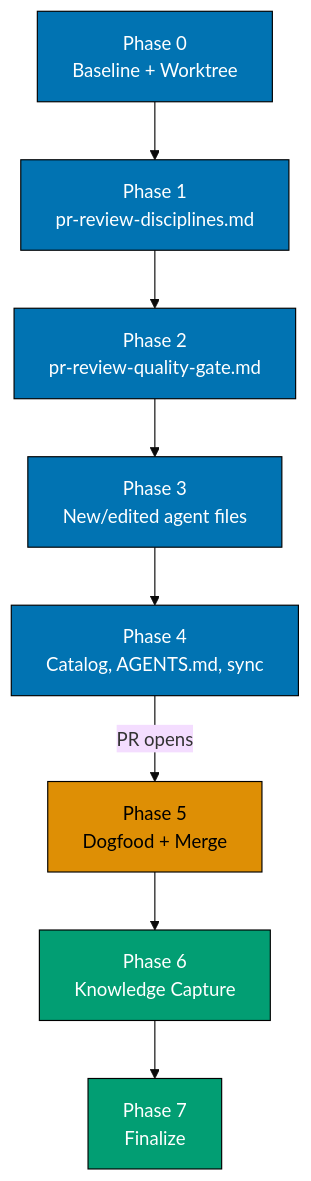
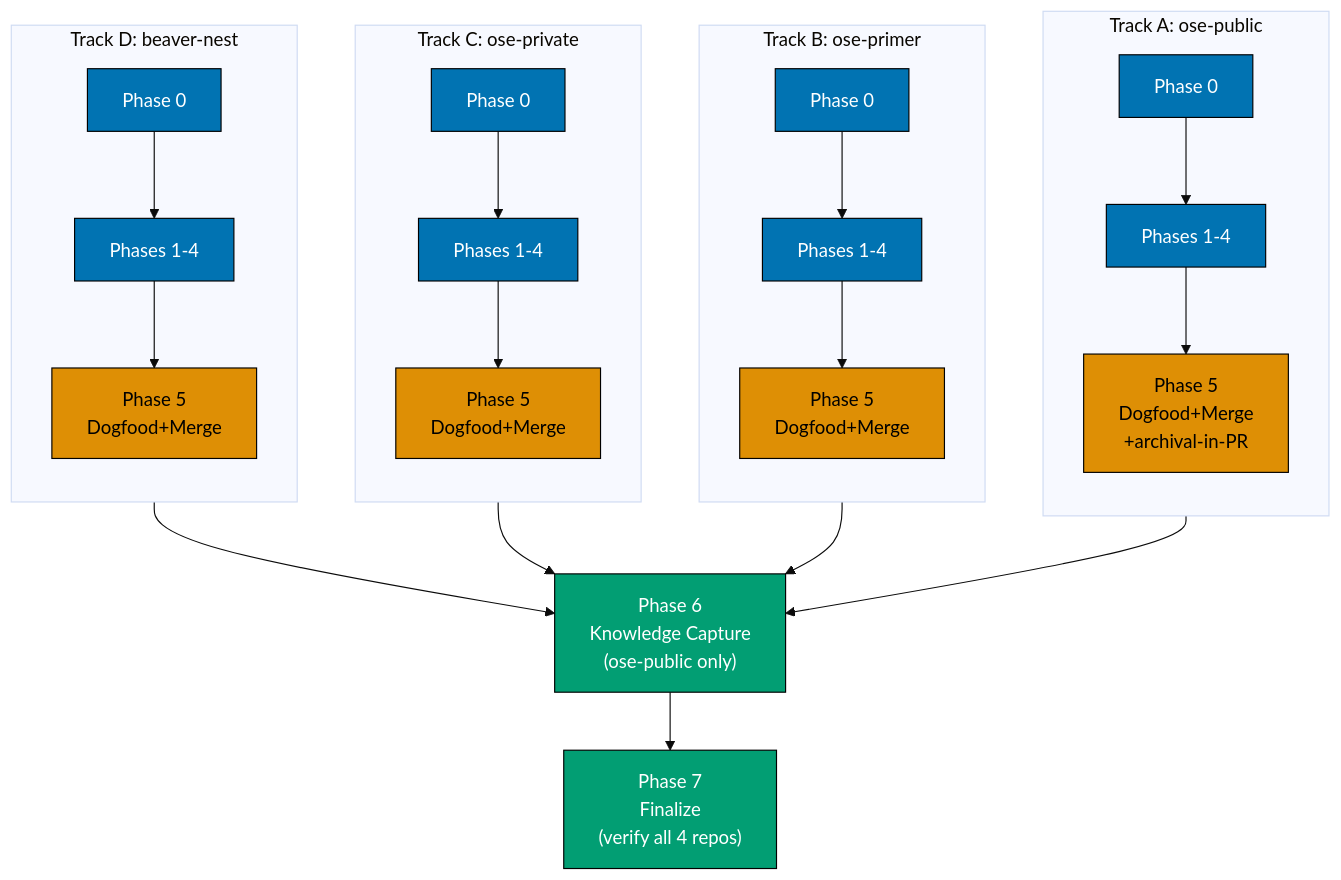
The diagram in plans/in-progress/pr-review-cycle-scout-and-typesafety/delivery.md (wahidyankf/open-sharia-fintech), drawn with Mermaid (base theme) before and after one commit. The commit also changed other lines of this file and 4 other files, not shown here.

First line of the commit message:
docs(plans): rescope pr-review-cycle-scout-and-typesafety to all four OSE repos

````diff
--- a/plans/in-progress/pr-review-cycle-scout-and-typesafety/delivery.md
+++ b/plans/in-progress/pr-review-cycle-scout-and-typesafety/delivery.md
@@ -66,18 +100,32 @@
 ```mermaid
 %% Color palette: Blue #0173B2 (worktree execution phases), Orange #DE8F05 (PR boundary),
-%% Teal #029E73 (post-merge phases)
-%% TD required: 8 sequential phases exceed LR's horizontal-depth MaxWidth=4; TD keeps depth
-%% (8) as the unchecked vertical axis since this chain's span is 1 node per rank
+%% Teal #029E73 (post-merge phases), Grey #949494 (shared terminal chain)
+%% TD required: parallel-chains-converging-to-one-node layout exceeds LR's horizontal-depth cap
 flowchart TD
-  P0["Phase 0<br/>Baseline + Worktree"]:::blue --> P1["Phase 1<br/>pr-review-disciplines.md"]:::blue
-  P1 --> P2["Phase 2<br/>pr-review-quality-gate.md"]:::blue
-  P2 --> P3["Phase 3<br/>New/edited agent files"]:::blue
-  P3 --> P4["Phase 4<br/>Catalog, AGENTS.md, sync"]:::blue
-  P4 -->|"PR opens"| P5["Phase 5<br/>Dogfood + Merge"]:::orange
-  P5 --> P6["Phase 6<br/>Knowledge Capture"]:::teal
-  P6 --> P7["Phase 7<br/>Finalize"]:::teal
+  subgraph TA["Track A: ose-public"]
+    direction TB
+    A0["Phase 0"]:::blue --> A14["Phases 1-4"]:::blue --> A5["Phase 5<br/>Dogfood+Merge<br/>+archival-in-PR"]:::orange
+  end
+  subgraph TB2["Track B: ose-primer"]
+    direction TB
+    B0["Phase 0"]:::blue --> B14["Phases 1-4"]:::blue --> B5["Phase 5<br/>Dogfood+Merge"]:::orange
+  end
+  subgraph TC["Track C: ose-private"]
+    direction TB
+    C0["Phase 0"]:::blue --> C14["Phases 1-4"]:::blue --> C5["Phase 5<br/>Dogfood+Merge"]:::orange
+  end
+  subgraph TD["Track D: beaver-nest"]
+    direction TB
+    D0["Phase 0"]:::blue --> D14["Phases 1-4"]:::blue --> D5["Phase 5<br/>Dogfood+Merge"]:::orange
+  end
+
+  A5 --> P6["Phase 6<br/>Knowledge Capture<br/>(ose-public only)"]:::teal
+  B5 --> P6
+  C5 --> P6
+  D5 --> P6
+  P6 --> P7["Phase 7<br/>Finalize<br/>(verify all 4 repos)"]:::teal
 
   classDef blue fill:#0173B2,stroke:#000000,color:#FFFFFF
   classDef orange fill:#DE8F05,stroke:#000000,color:#000000
   classDef teal fill:#029E73,stroke:#000000,color:#FFFFFF
 ```
````
